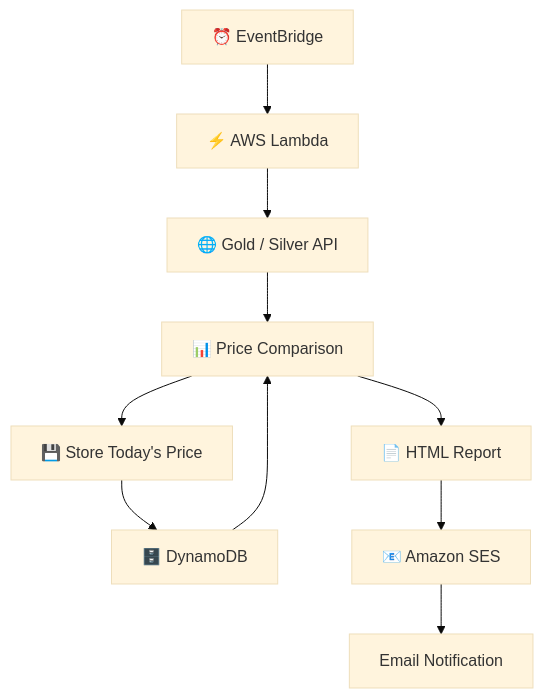
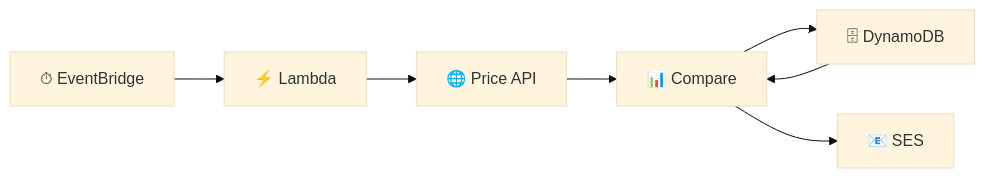
One commit to harshithrosun2705-star/harshithrosun2705-star changed the fourth of 7 diagrams in README.md. Above: the diagram before and after it, drawn with Mermaid (base theme). The commit also changed other lines of this file, not shown here.

````diff
--- a/README.md
+++ b/README.md
@@ -551,21 +691,17 @@
 ```mermaid
-flowchart TD
+flowchart LR
 
-    EB["⏰ EventBridge"] --> L["⚡ AWS Lambda"]
+    EB["⏱ EventBridge"]
+    L["⚡ Lambda"]
+    API["🌐 Price API"]
+    DB["🗄 DynamoDB"]
+    CMP["📊 Compare"]
+    SES["📧 SES"]
 
-    L --> API["🌐 Gold / Silver API"]
-
-    API --> COMPARE["📊 Price Comparison"]
-
-    DB["🗄️ DynamoDB"] --> COMPARE
-
-    COMPARE --> SAVE["💾 Store Today's Price"]
-
-    SAVE --> DB
-
-    COMPARE --> HTML["📄 HTML Report"]
-
-    HTML --> SES["📧 Amazon SES"]
-
-    SES --> USER["Email Notification"]
+    EB --> L
+    L --> API
+    API --> CMP
+    DB --> CMP
+    CMP --> DB
+    CMP --> SES
 ```
````
